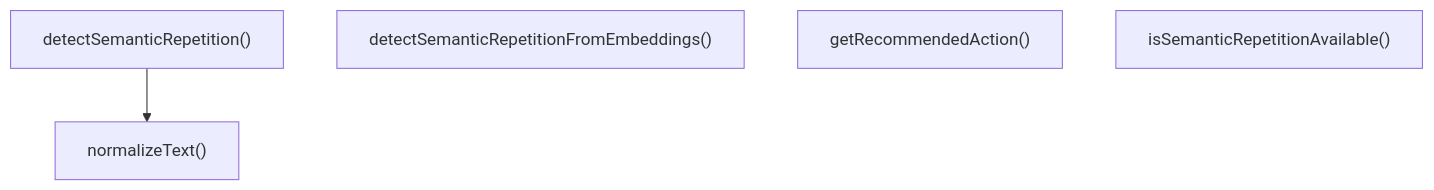
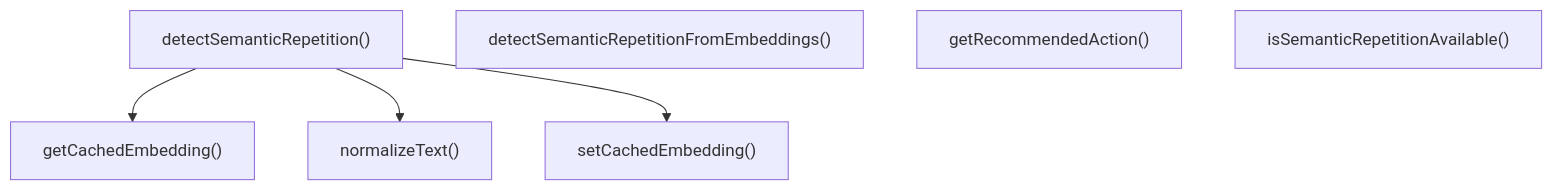
The third of 4 diagrams in ABDD/.pi/lib/semantic-repetition.md (Mekann2904/mekann), drawn with Mermaid before and after one commit. The commit also changed other lines of this file and 205 other files, not shown here.

````diff
--- a/ABDD/.pi/lib/semantic-repetition.md
+++ b/ABDD/.pi/lib/semantic-repetition.md
@@ -85,9 +85,13 @@
 ```mermaid
 flowchart TD
   detectSemanticRepetition["detectSemanticRepetition()"]
   detectSemanticRepetitionFromEmbeddings["detectSemanticRepetitionFromEmbeddings()"]
+  getCachedEmbedding["getCachedEmbedding()"]
   getRecommendedAction["getRecommendedAction()"]
   isSemanticRepetitionAvailable["isSemanticRepetitionAvailable()"]
   normalizeText["normalizeText()"]
+  setCachedEmbedding["setCachedEmbedding()"]
+  detectSemanticRepetition --> getCachedEmbedding
   detectSemanticRepetition --> normalizeText
+  detectSemanticRepetition --> setCachedEmbedding
 ```
````
